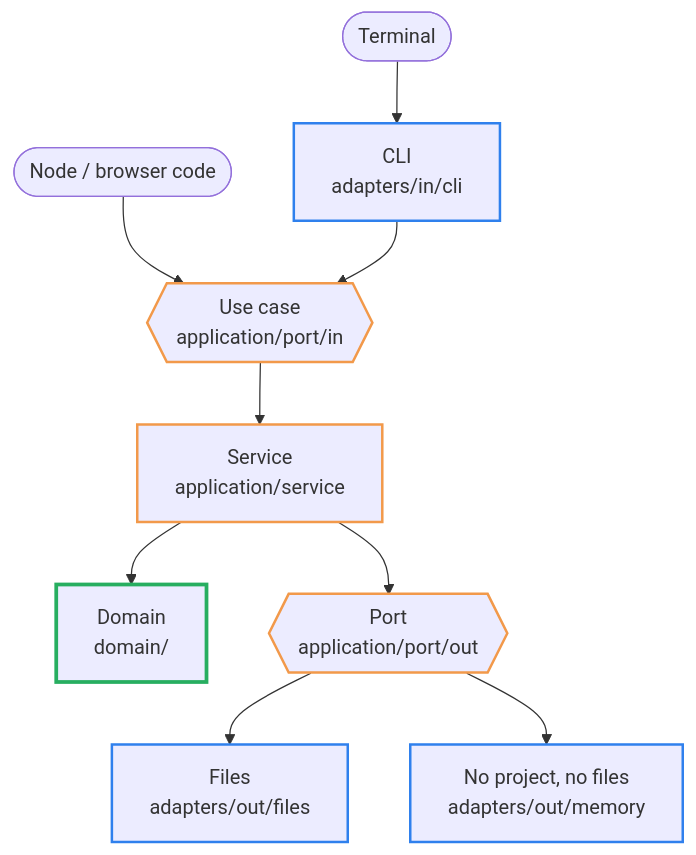
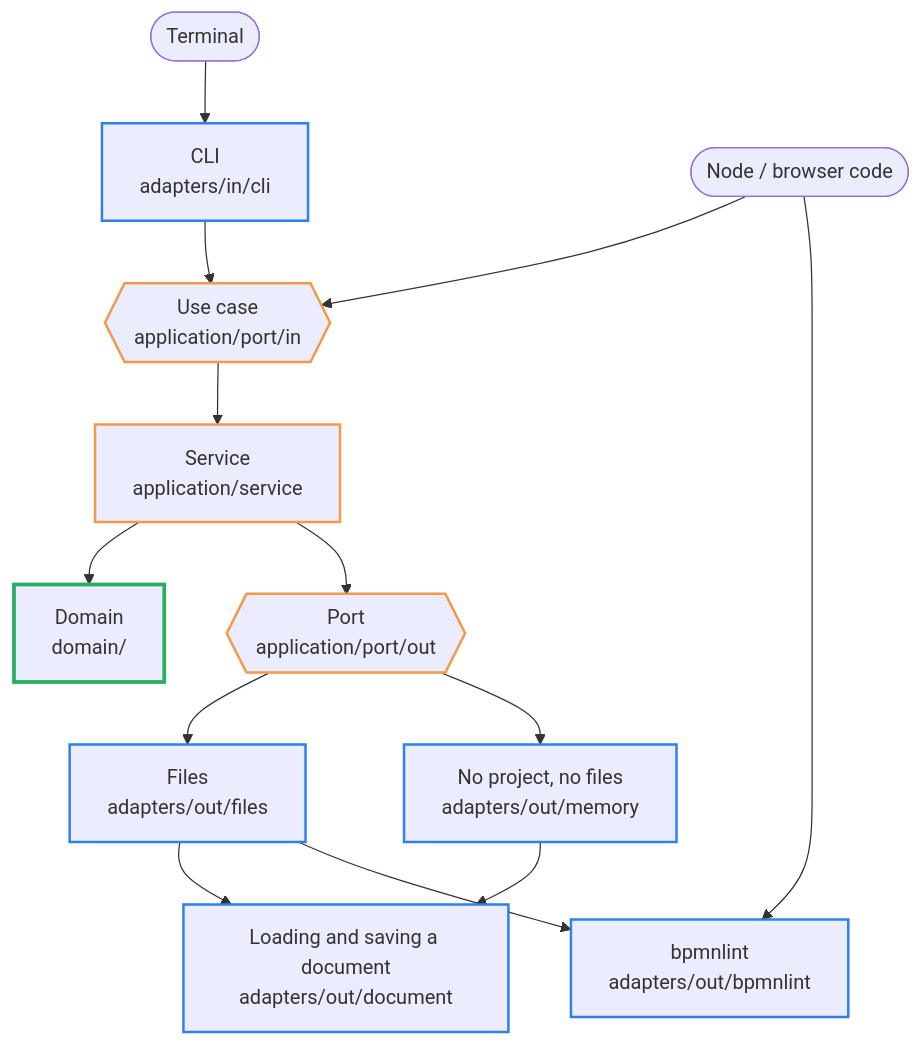
Before and after one commit to Miragon/bpmn-cli: the first of 3 diagrams in docs/architecture.md, drawn with Mermaid. The commit also changed other lines of this file and 428 other files, not shown here.

````diff
--- a/docs/architecture.md
+++ b/docs/architecture.md
@@ -16,19 +18,23 @@
 ```mermaid
 flowchart TB
   terminal(["Terminal"]) --> cli
   lib(["Node / browser code"]) --> portIn
 
   cli["CLI<br/>adapters/in/cli"] --> portIn
   portIn{{"Use case<br/>application/port/in"}} --> service["Service<br/>application/service"]
   service --> domain["Domain<br/>domain/"]
   service --> portOut{{"Port<br/>application/port/out"}}
   portOut --> files["Files<br/>adapters/out/files"]
   portOut --> memory["No project, no files<br/>adapters/out/memory"]
+  files --> store["Loading and saving a document<br/>adapters/out/document"]
+  memory --> store
+  files --> bpmnlint["bpmnlint<br/>adapters/out/bpmnlint"]
+  lib --> bpmnlint
 
   classDef adapter stroke:#2f80ed,stroke-width:2px
   classDef app stroke:#f2994a,stroke-width:2px
   classDef core stroke:#27ae60,stroke-width:3px
-  class cli,files,memory adapter
+  class cli,files,memory,store,bpmnlint adapter
   class portIn,service,portOut app
   class domain core
 ```
````
